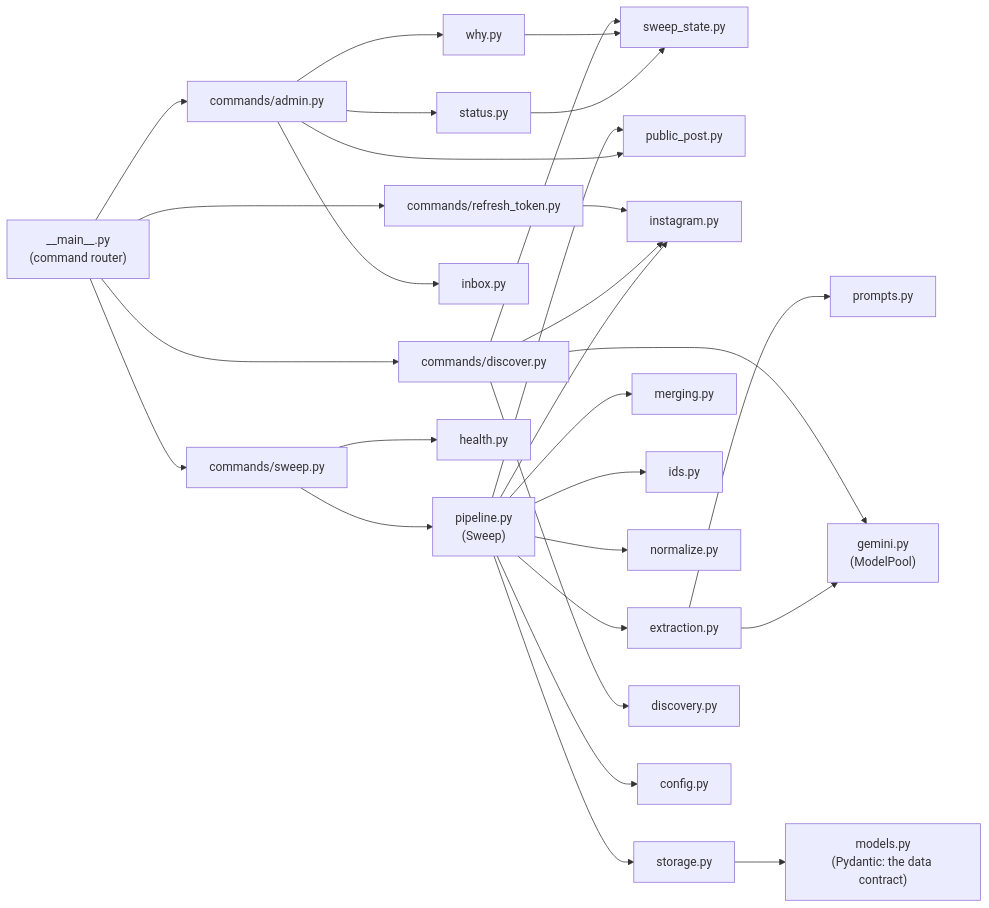
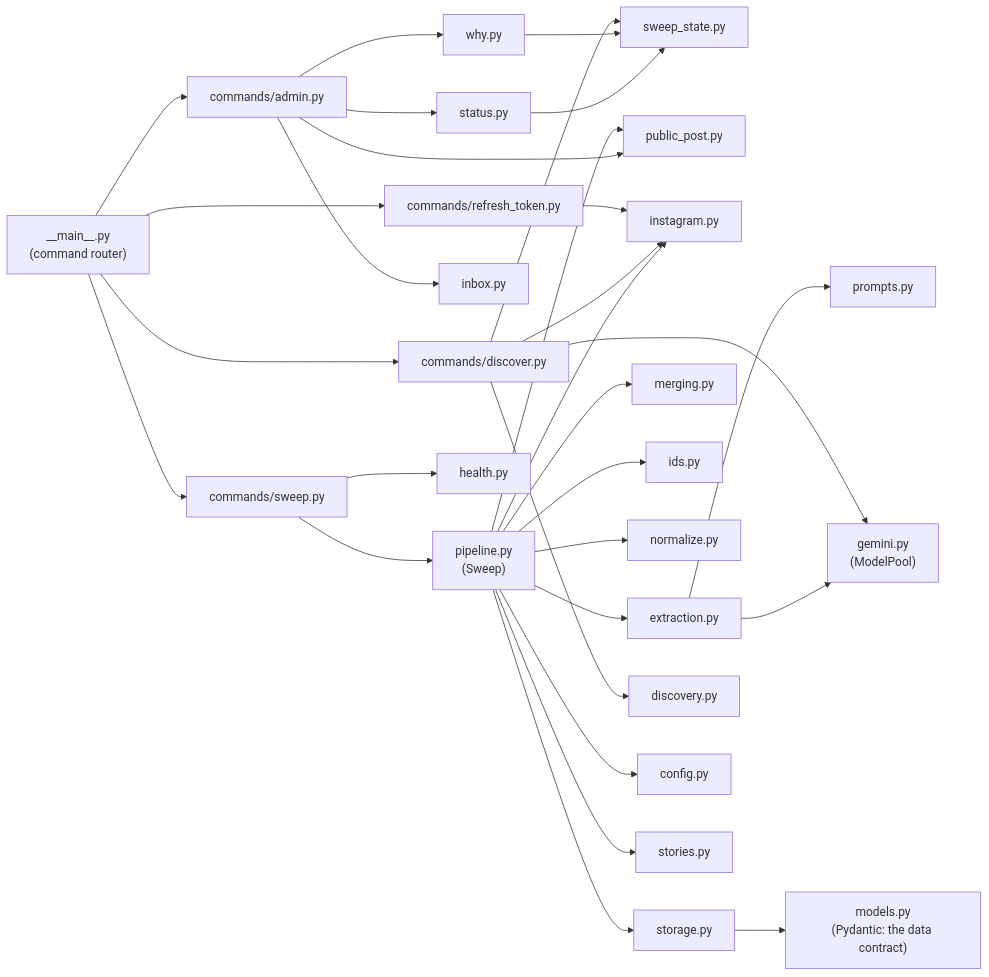
Before and after one commit to pa-bailar/backend: diagram 12 of 12 in docs/ARCHITECTURE.md, drawn with Mermaid. The commit also changed other lines of this file and 16 other files, not shown here.

````diff
--- a/docs/ARCHITECTURE.md
+++ b/docs/ARCHITECTURE.md
@@ -1008,31 +1026,32 @@
 ```mermaid
 flowchart LR
     MAIN["__main__.py<br/>(command router)"] --> SW["commands/sweep.py"]
     MAIN --> DI["commands/discover.py"]
     MAIN --> RT["commands/refresh_token.py"]
     MAIN --> AD["commands/admin.py"]
     AD --> ST["status.py"]
     ST --> SS["sweep_state.py"]
     AD --> WHY["why.py"]
     AD --> INB["inbox.py"]
     AD --> PUB["public_post.py"]
     PL --> PUB
     WHY --> SS
     DI --> SS
     SW --> PL["pipeline.py<br/>(Sweep)"]
     SW --> HE["health.py"]
     PL --> IGC["instagram.py"]
     PL --> EXT["extraction.py"]
     PL --> MER["merging.py"]
     PL --> IDS["ids.py"]
     PL --> NOR["normalize.py"]
     PL --> STO["storage.py"]
     EXT --> GEM["gemini.py<br/>(ModelPool)"]
     EXT --> PRO["prompts.py"]
     DI --> DIS["discovery.py"]
     DI --> IGC
     DI --> GEM
     RT --> IGC
     STO --> MOD["models.py<br/>(Pydantic: the data contract)"]
     PL --> CFG["config.py"]
+    PL --> STY["stories.py"]
 ```
````
